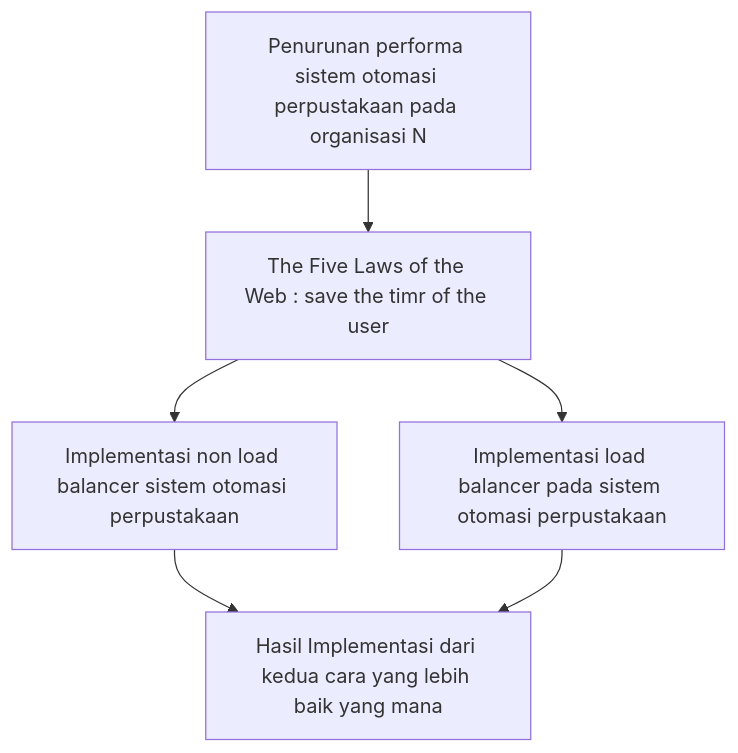
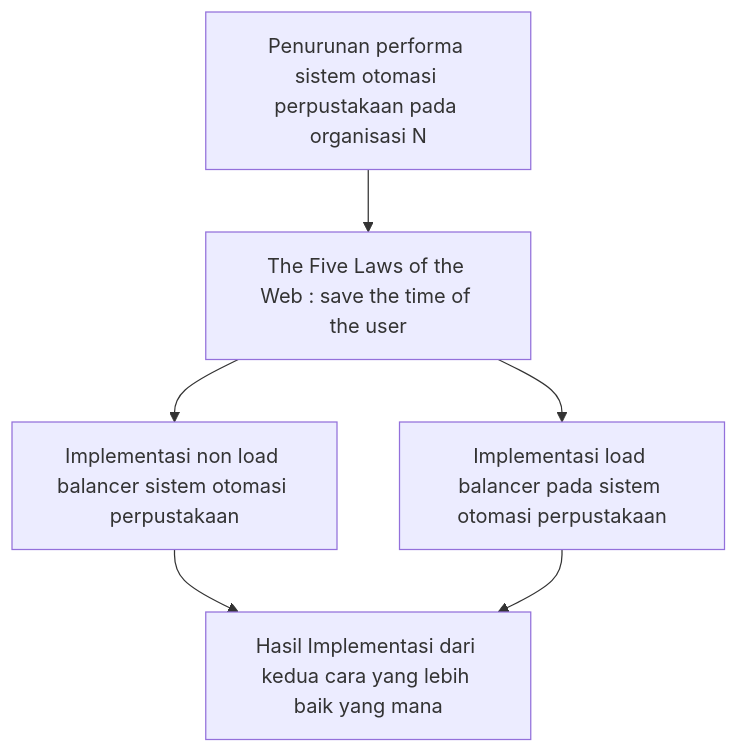
The diagram in 11210251000172/bab2/_index.md (worker-sentinel/caravaggio), drawn with Mermaid before and after one commit. The commit also changed other lines of this file, not shown here.

````diff
--- a/11210251000172/bab2/_index.md
+++ b/11210251000172/bab2/_index.md
@@ -111,8 +111,8 @@
 ```mermaid
 flowchart TD
-    A1[Penurunan performa sistem otomasi perpustakaan pada organisasi N] --> A2[The Five Laws of the Web : save the timr of the user]
+    A1[Penurunan performa sistem otomasi perpustakaan pada organisasi N] --> A2[The Five Laws of the Web : save the time of the user]
     A2 --> A3[Implementasi non load balancer sistem otomasi perpustakaan]
     A2 --> A4[Implementasi load balancer pada sistem otomasi perpustakaan]
     A3 --> A5[Hasil Implementasi dari kedua cara yang lebih baik yang mana]
     A4 --> A5
 ```
````
